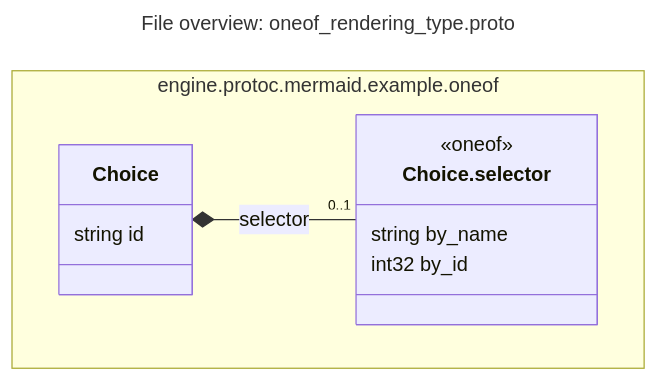
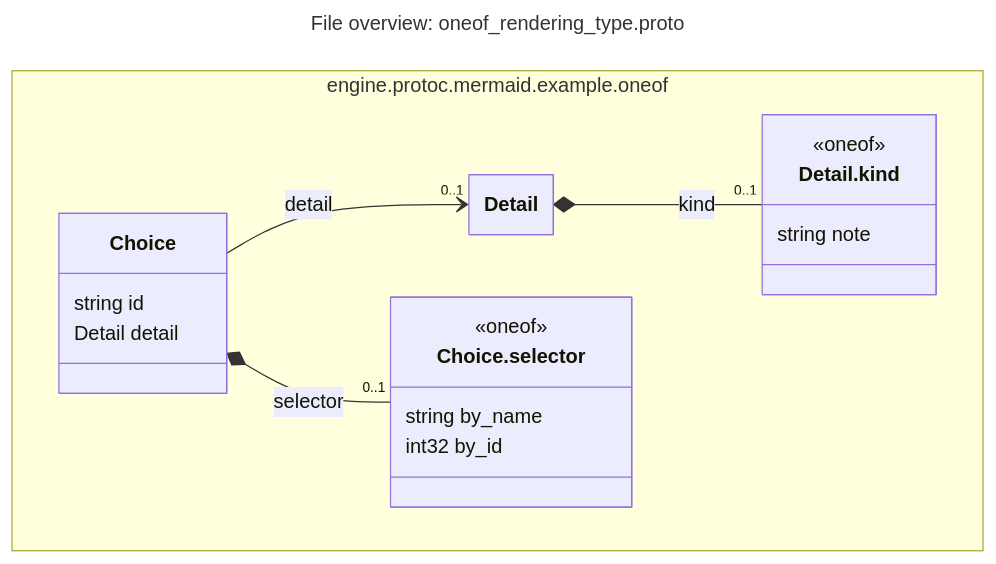
One commit to engine-public/protoc-gen-mermaid changed the diagram in examples/src/oneofRenderingType/resources/engine.protoc.mermaid.example.oneof.oneof_rendering_type.mermaid. Above: the diagram before and after it, drawn with Mermaid. The commit also changed 4 other files, not shown here.

First line of the commit message:
Draw oneof composition arrows for all messages in MESSAGE diagrams

```diff
--- a/examples/src/oneofRenderingType/resources/engine.protoc.mermaid.example.oneof.oneof_rendering_type.mermaid
+++ b/examples/src/oneofRenderingType/resources/engine.protoc.mermaid.example.oneof.oneof_rendering_type.mermaid
@@ -1,21 +1,31 @@
 ---
   title: "File overview: oneof_rendering_type.proto"
   config:
     class:
       hideEmptyMembersBox: true
       hierarchicalNamespaces: false
 ---
 classDiagram
     namespace engine.protoc.mermaid.example.oneof {
         class Choice {
             string id
+            Detail detail
         }
 
         class Choice_selector["Choice.selector"] {
             <<oneof>>
             string by_name
             int32 by_id
         }
+
+        class Detail
+
+        class Detail_kind["Detail.kind"] {
+            <<oneof>>
+            string note
+        }
     }
 
+    Choice --> "0..1" Detail : detail
     Choice *-- "0..1" Choice_selector : selector
+    Detail *-- "0..1" Detail_kind : kind
```
